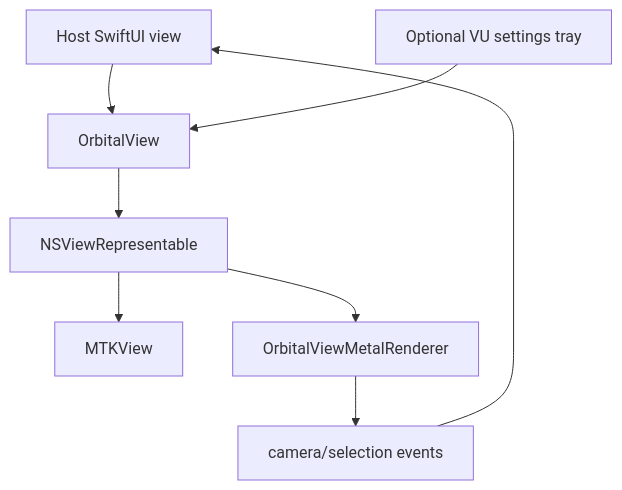
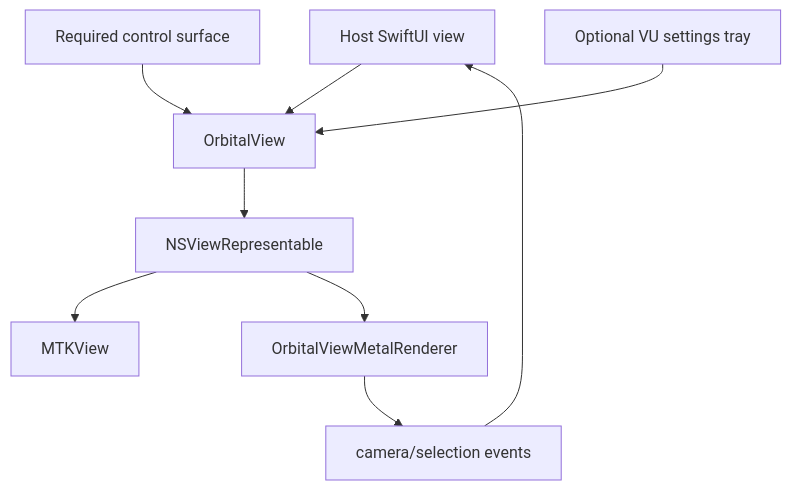
Before and after one commit to jebagu/orbital-view: the seventh of 10 diagrams in docs/system-flows.md, drawn with Mermaid. The commit also changed other lines of this file and 34 other files, not shown here.

````diff
--- a/docs/system-flows.md
+++ b/docs/system-flows.md
@@ -82,10 +86,11 @@
 ```mermaid
 flowchart TD
   HostView["Host SwiftUI view"] --> OrbitalView["OrbitalView"]
+  Controls["Required control surface"] --> OrbitalView
   Tray["Optional VU settings tray"] --> OrbitalView
   OrbitalView --> Bridge["NSViewRepresentable"]
   Bridge --> MTKView["MTKView"]
   Bridge --> Renderer["OrbitalViewMetalRenderer"]
   Renderer --> Events["camera/selection events"]
   Events --> HostView
 ```
````
